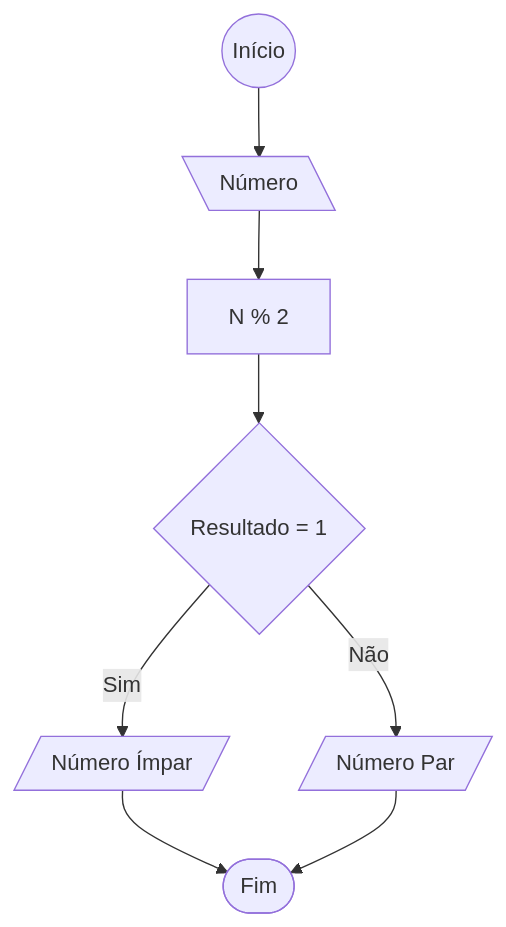
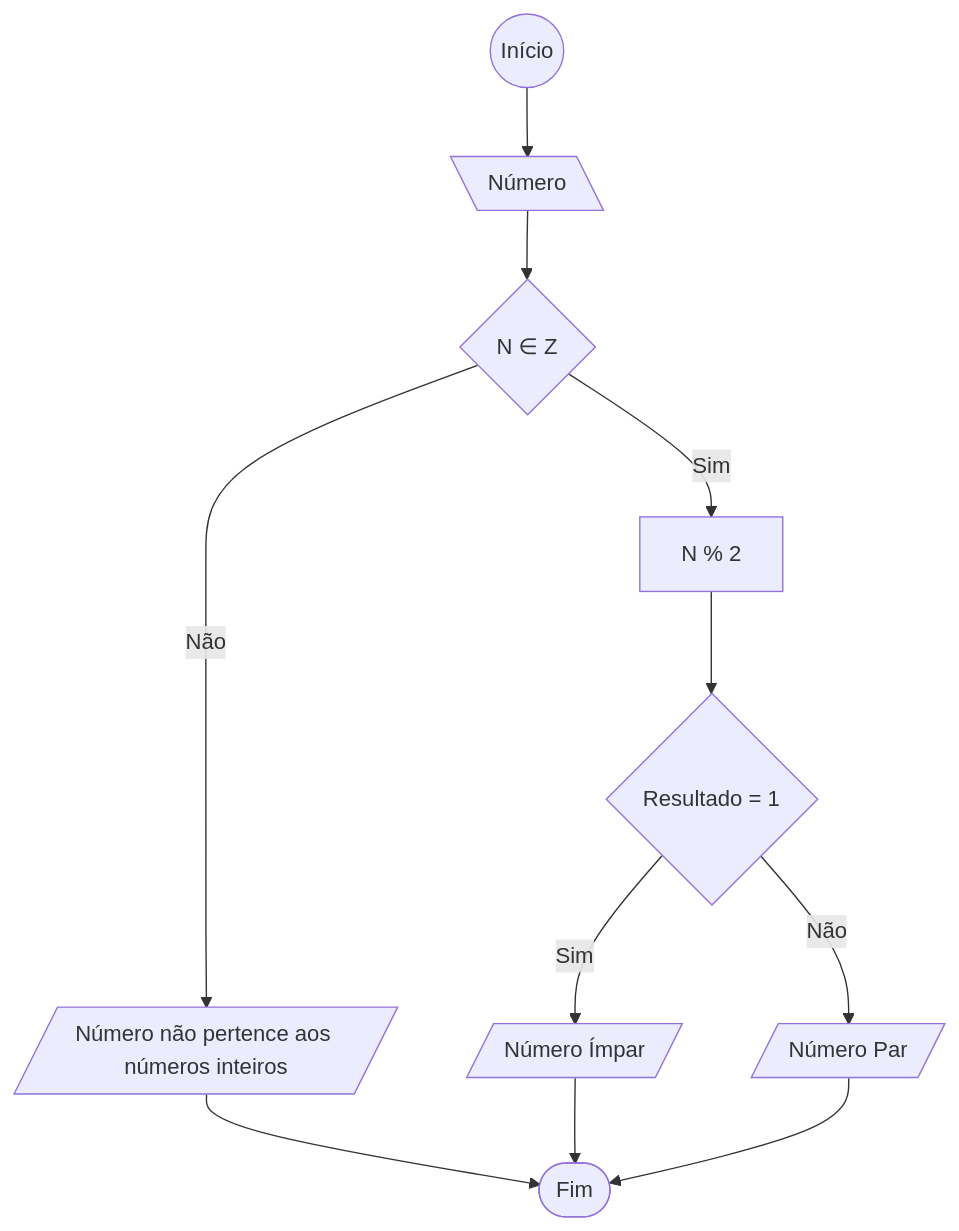
The ninth of 10 diagrams in Listas de Exercícios/LP_Lista_01/README.md (Joao-Pedro-Matias/LP-Joao_Matias), drawn with Mermaid before and after one commit. The commit also changed other lines of this file, not shown here.

````diff
--- a/Listas de Exercícios/LP_Lista_01/README.md
+++ b/Listas de Exercícios/LP_Lista_01/README.md
@@ -183,11 +183,16 @@
    ```mermaid
    flowchart TD
       start(( Início )) --> number[\ Número \]
-      number --> operation[ N % 2]
-      operation --> verification{ Resultado = 1 }
-      verification --> |Sim| result1[/ Número Ímpar /]
-      verification --> |Não| result2[/ Número Par /]
-      result1 --> finish([ Fim ])
+      number --> verification{ N ∈ Z}
+      verification --> |Não| result[/Número não pertence aos números inteiros/] 
+      
+      verification --> |Sim| operation[ N % 2]
+      operation --> verification1{ Resultado = 1 }
+      verification1 --> |Sim| result1[/ Número Ímpar /]
+      verification1 --> |Não| result2[/ Número Par /]
+
+      result --> finish([ Fim ])
+      result1 --> finish
       result2 --> finish
 
    ```
````
